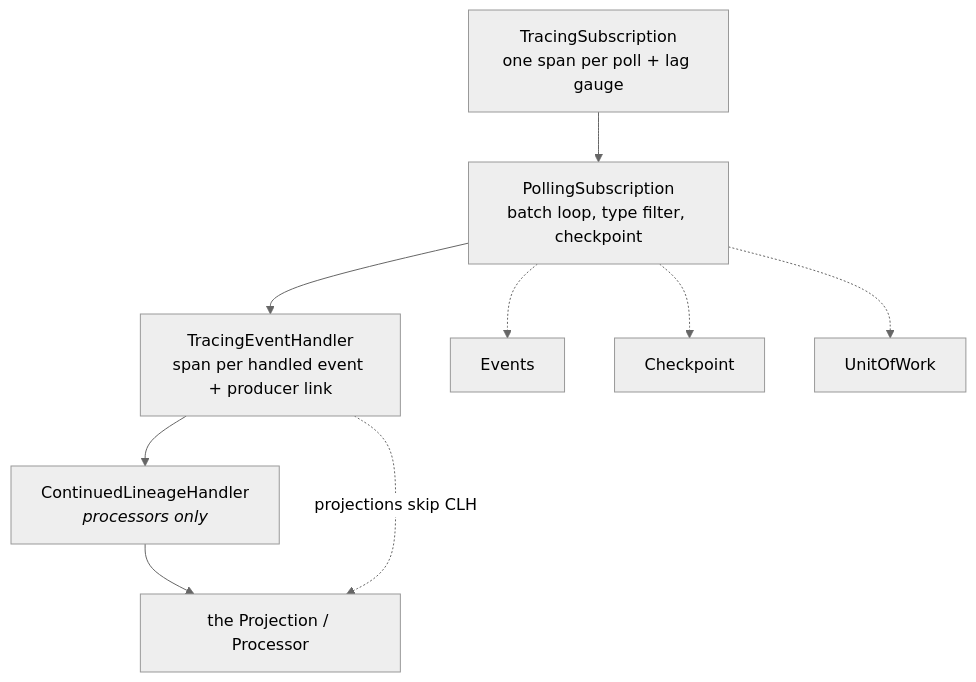
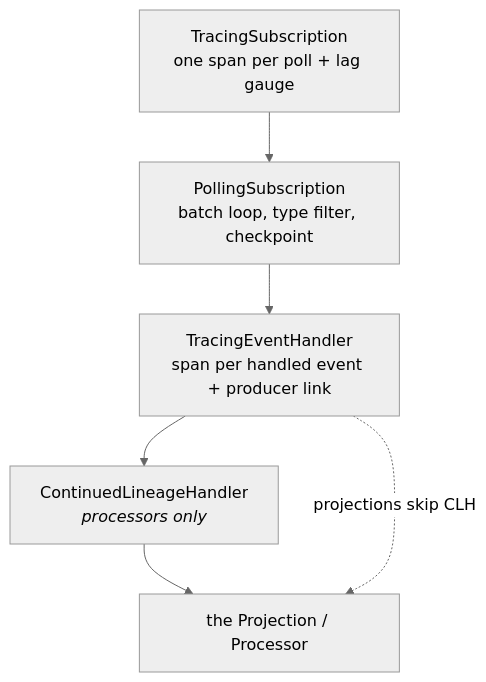
Before and after one commit to willehpeh/market-miam: the third of 3 diagrams in docs/EVENT-SOURCING-ARCHITECTURE.md, drawn with Mermaid (neutral theme). The commit also changed other lines of this file, not shown here.

First line of the commit message:
Update event store architecture doc: ADRs 0037-0042, terser throughout

````diff
--- a/docs/EVENT-SOURCING-ARCHITECTURE.md
+++ b/docs/EVENT-SOURCING-ARCHITECTURE.md
@@ -339,18 +231,14 @@
 ```mermaid
 flowchart TB
     TS["TracingSubscription<br/>one span per poll + lag gauge"]
     PS["PollingSubscription<br/>batch loop, type filter, checkpoint"]
     TEH["TracingEventHandler<br/>span per handled event + producer link"]
     CLH["ContinuedLineageHandler<br/><i>processors only</i>"]
     H["the Projection / Processor"]
 
     TS --> PS
     PS --> TEH
     TEH --> CLH
     CLH --> H
     TEH -.->|"projections skip CLH"| H
-
-    PS -.-> EVP["Events"]
-    PS -.-> CP["Checkpoint"]
-    PS -.-> UOW["UnitOfWork"]
 ```
````
